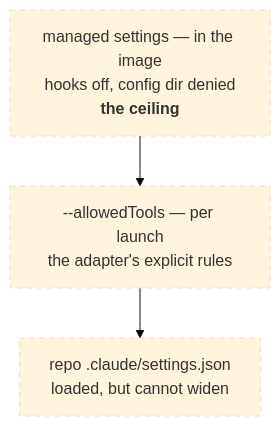
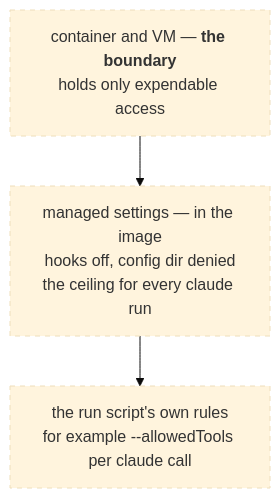
Before and after one commit to dazz/ncxten: the fourth of 5 diagrams in docs/content/docs/how-it-works.md, drawn with Mermaid (base theme). The commit also changed other lines of this file, not shown here.

First line of the commit message:
docs: how-it-works planned parts follow the 002 re-cut — the run command is the session

````diff
--- a/docs/content/docs/how-it-works.md
+++ b/docs/content/docs/how-it-works.md
@@ -123,9 +123,9 @@
 ```mermaid
 flowchart TB
-  ms["managed settings — in the image<br/>hooks off, config dir denied<br/><b>the ceiling</b>"]
-  at["--allowedTools — per launch<br/>the adapter's explicit rules"]
-  repo["repo .claude/settings.json<br/>loaded, but cannot widen"]
-  ms --> at --> repo
+  box["container and VM — <b>the boundary</b><br/>holds only expendable access"]
+  ms["managed settings — in the image<br/>hooks off, config dir denied<br/>the ceiling for every claude run"]
+  sc["the run script's own rules<br/>for example --allowedTools per claude call"]
+  box --> ms --> sc
   classDef planned stroke-dasharray: 5 5
-  class ms,at,repo planned
+  class box,ms,sc planned
 ```
````
